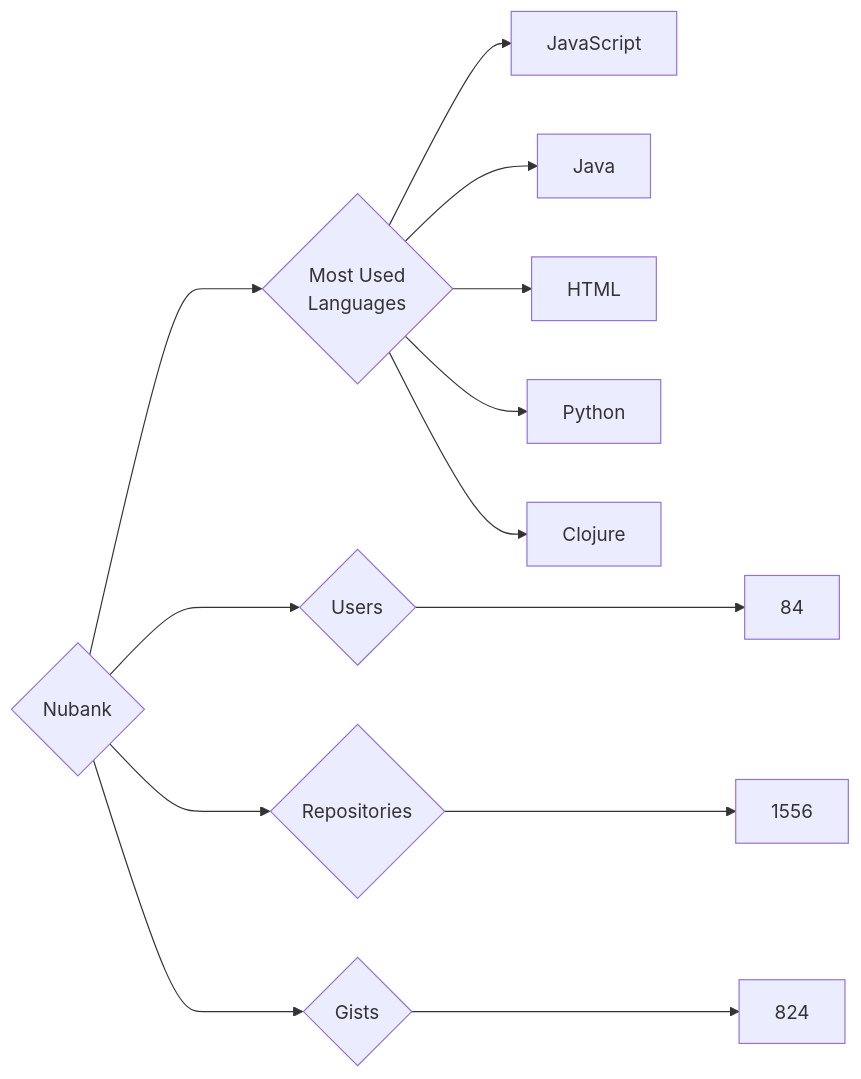
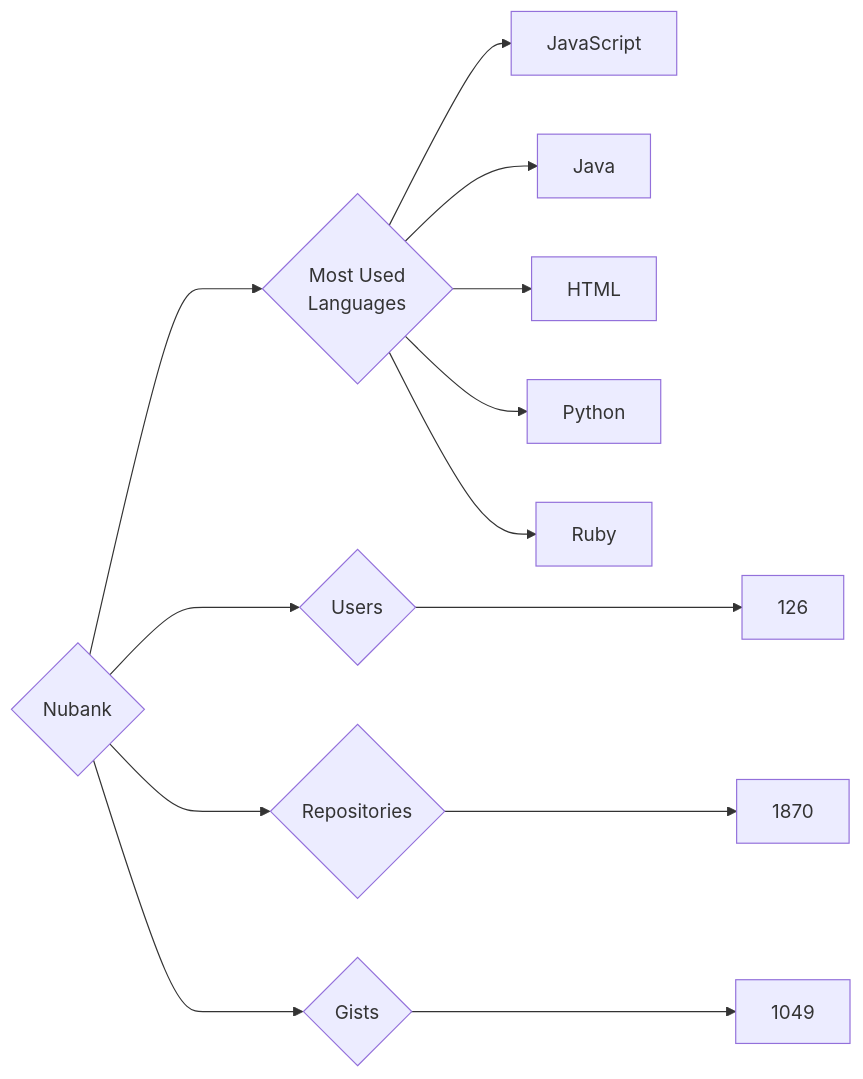
Before and after one commit to trickest/insiders: the diagram in targets/Nubank/README.md, drawn with Mermaid. The commit also changed 912 other files, not shown here.

````diff
--- a/targets/Nubank/README.md
+++ b/targets/Nubank/README.md
@@ -3,13 +3,13 @@
 ```mermaid
 graph LR
 COMPANY_NAME{Nubank}
-COMPANY_NAME ---> U{Users} ---> UN[84]
-COMPANY_NAME ---> R{Repositories} ---> RN[1556]
-COMPANY_NAME ---> G{Gists} ---> GN[824]
+COMPANY_NAME ---> U{Users} ---> UN[126]
+COMPANY_NAME ---> R{Repositories} ---> RN[1870]
+COMPANY_NAME ---> G{Gists} ---> GN[1049]
 COMPANY_NAME ---> ML{Most Used<br>Languages}
 ML --> JavaScript[JavaScript]
 ML --> Java[Java]
 ML --> HTML[HTML]
 ML --> Python[Python]
-ML --> Clojure[Clojure]
+ML --> Ruby[Ruby]
 ```
````
